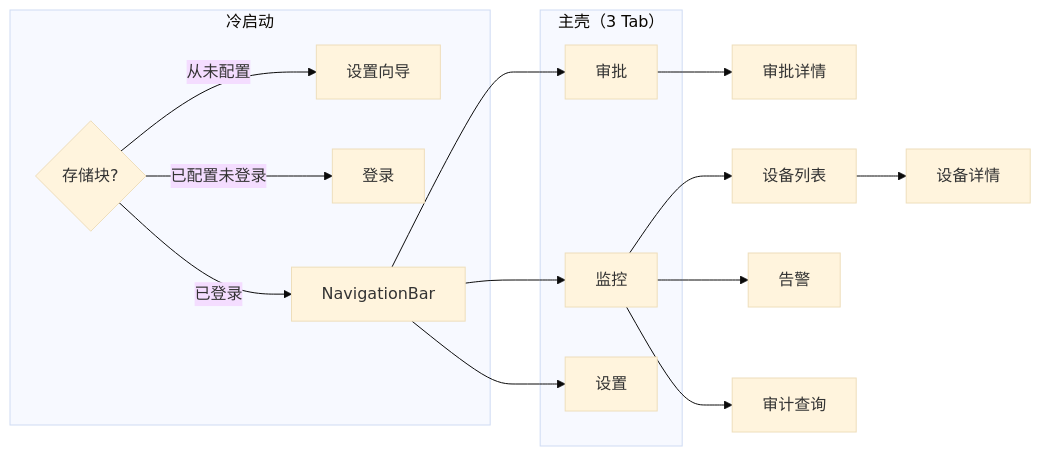
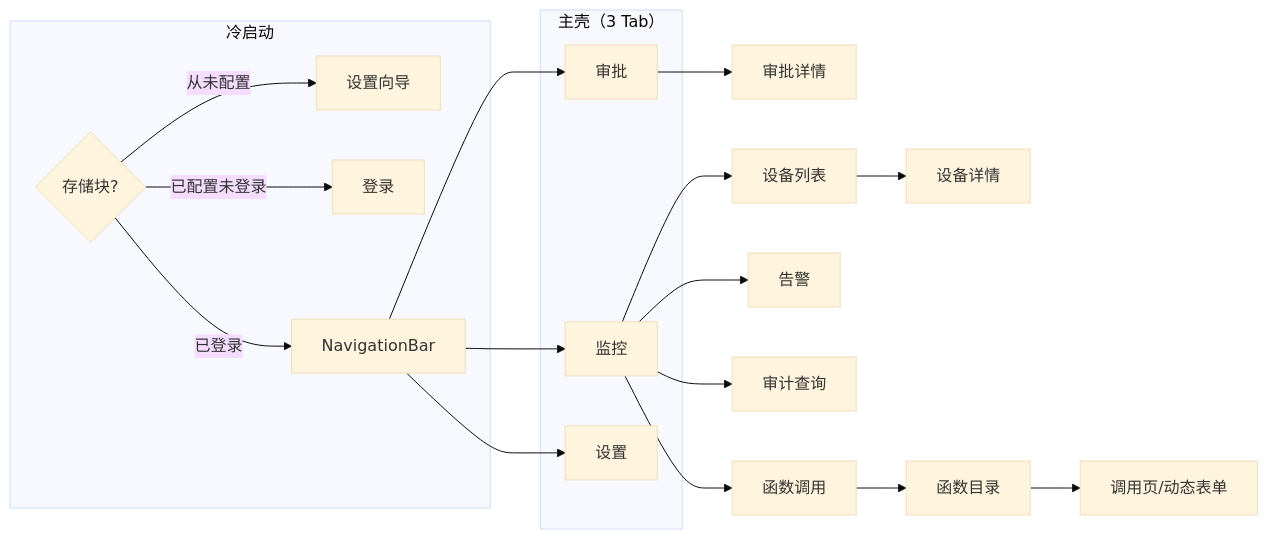
The diagram in docs/design/mobile-companion-design.md (cuihairu/croupier), drawn with Mermaid (base theme) before and after one commit. The commit also changed other lines of this file and 11 other files, not shown here.

````diff
--- a/docs/design/mobile-companion-design.md
+++ b/docs/design/mobile-companion-design.md
@@ -162,18 +162,21 @@
 ```mermaid
 flowchart LR
     subgraph 冷启动
         S0{存储块?} -->|从未配置| WIZ[设置向导]
         S0 -->|已配置未登录| LOGIN[登录]
         S0 -->|已登录| SHELL
     end
     subgraph 主壳["主壳（3 Tab）"]
         SHELL[NavigationBar] --> T1[审批]
         SHELL --> T2[监控]
         SHELL --> T3[设置]
     end
     T1 --> AD[审批详情]
     T2 --> DEV[设备列表]
     T2 --> ALR[告警]
     T2 --> AUD[审计查询]
+    T2 --> FN[函数调用]
     DEV --> NDE[设备详情]
+    FN --> FNC[函数目录]
+    FNC --> FNI[调用页/动态表单]
 ```
````
